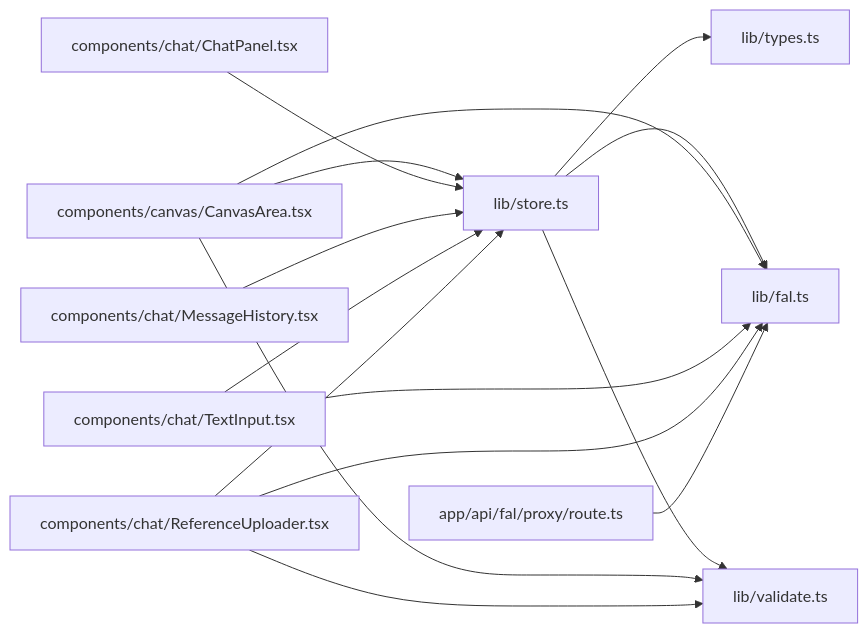
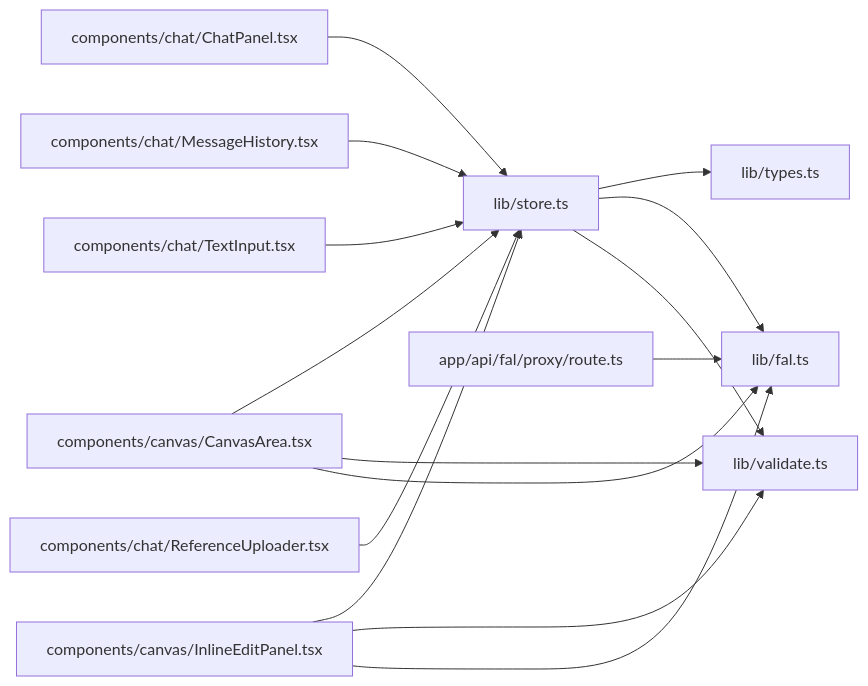
Diagram 14 of 16 in .qoder/repowiki/zh/content/状态管理系统.md (billye220670/BananaFlow2), drawn with Mermaid before and after one commit. The commit also changed other lines of this file and 29 other files, not shown here.

````diff
--- a/.qoder/repowiki/zh/content/状态管理系统.md
+++ b/.qoder/repowiki/zh/content/状态管理系统.md
@@ -407,17 +460,17 @@
 ```mermaid
 graph LR
 Store[lib/store.ts] --> Types[lib/types.ts]
 Store --> FAL[lib/fal.ts]
 Store --> Validate[lib/validate.ts]
 Canvas[components/canvas/CanvasArea.tsx] --> Store
 Canvas --> Validate
 Canvas --> FAL
+InlineEdit[components/canvas/InlineEditPanel.tsx] --> Store
+InlineEdit --> Validate
+InlineEdit --> FAL
 ChatPanel[components/chat/ChatPanel.tsx] --> Store
 MessageHistory[components/chat/MessageHistory.tsx] --> Store
 TextInput[components/chat/TextInput.tsx] --> Store
-TextInput --> FAL
 ReferenceUploader[components/chat/ReferenceUploader.tsx] --> Store
-ReferenceUploader --> Validate
-ReferenceUploader --> FAL
 Proxy[app/api/fal/proxy/route.ts] --> FAL
 ```
````
